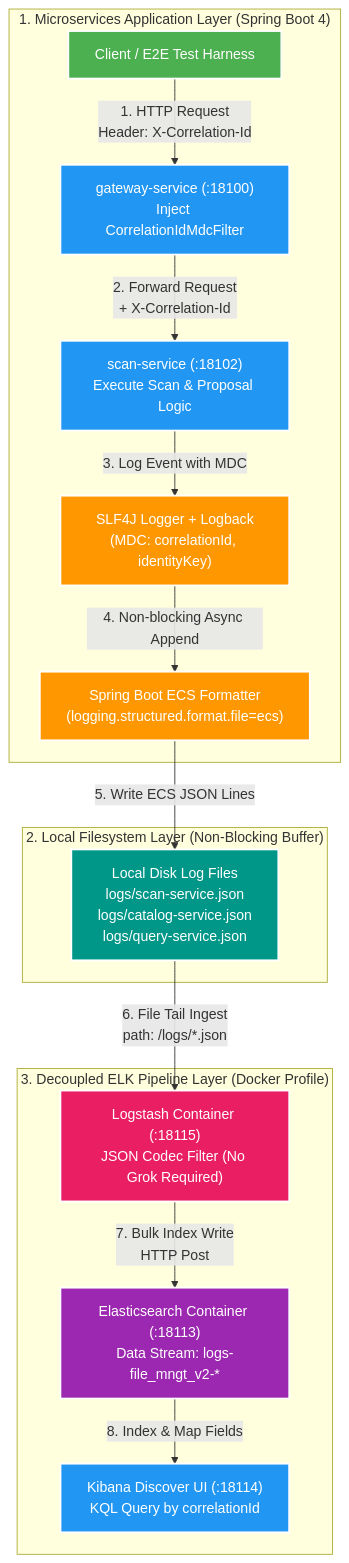
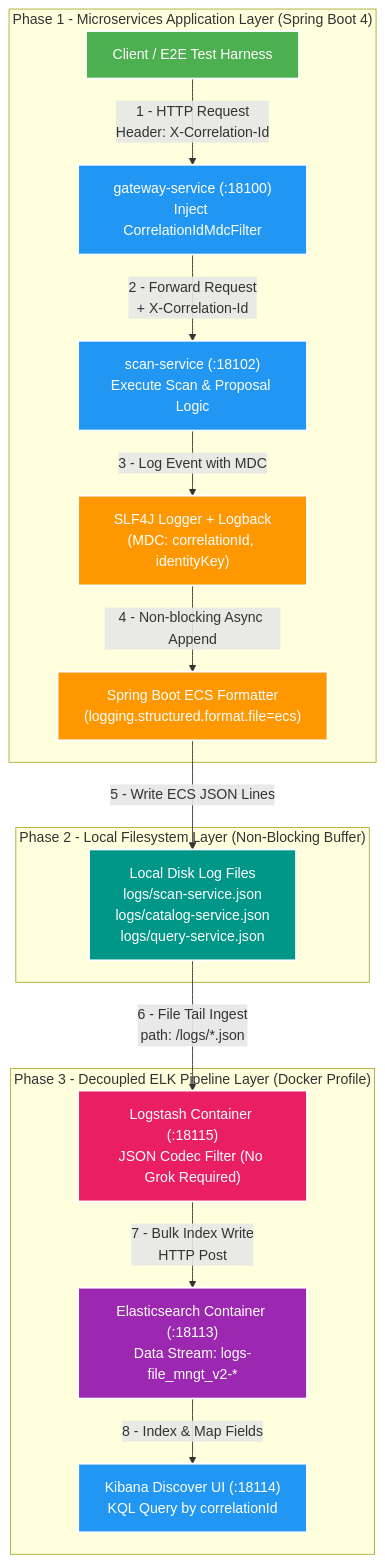
Before and after one commit to HungPhan200591/file-mngt-be-v2: the diagram in manual/learning/deep-dive/observability/02-structured-logging-elk.md, drawn with Mermaid. The commit also changed 5 other files, not shown here.

Commit message:
docs: add technical documentation for scan-service, outbox pattern, and observability, and implement a mermaid-styling agent skill.

````diff
--- a/manual/learning/deep-dive/observability/02-structured-logging-elk.md
+++ b/manual/learning/deep-dive/observability/02-structured-logging-elk.md
@@ -137,29 +137,29 @@
 ```mermaid
 flowchart TB
-    subgraph APP_LAYER["1. Microservices Application Layer (Spring Boot 4)"]
-        CLIENT["<font color='white'>Client / E2E Test Harness</font>"] -->|"1. HTTP Request<br/>Header: X-Correlation-Id"| GW["<font color='white'>gateway-service (:18100)<br/>Inject CorrelationIdMdcFilter</font>"]
-        GW -->|"2. Forward Request<br/>+ X-Correlation-Id"| SCAN["<font color='white'>scan-service (:18102)<br/>Execute Scan & Proposal Logic</font>"]
-        SCAN -->|"3. Log Event with MDC"| SLF4J["<font color='white'>SLF4J Logger + Logback<br/>(MDC: correlationId, identityKey)</font>"]
-        SLF4J -->|"4. Non-blocking Async Append"| ECS_FORMATTER["<font color='white'>Spring Boot ECS Formatter<br/>(logging.structured.format.file=ecs)</font>"]
+    subgraph APP_LAYER["Phase 1 - Microservices Application Layer (Spring Boot 4)"]
+        CLIENT["<font color='white'>Client / E2E Test Harness</font>"] -->|"1 - HTTP Request<br/>Header: X-Correlation-Id"| GW["<font color='white'>gateway-service (:18100)<br/>Inject CorrelationIdMdcFilter</font>"]
+        GW -->|"2 - Forward Request<br/>+ X-Correlation-Id"| SCAN["<font color='white'>scan-service (:18102)<br/>Execute Scan & Proposal Logic</font>"]
+        SCAN -->|"3 - Log Event with MDC"| SLF4J["<font color='white'>SLF4J Logger + Logback<br/>(MDC: correlationId, identityKey)</font>"]
+        SLF4J -->|"4 - Non-blocking Async Append"| ECS_FORMATTER["<font color='white'>Spring Boot ECS Formatter<br/>(logging.structured.format.file=ecs)</font>"]
     end
 
-    subgraph DISK_LAYER["2. Local Filesystem Layer (Non-Blocking Buffer)"]
-        ECS_FORMATTER -->|"5. Write ECS JSON Lines"| LOG_FILE["<font color='white'>Local Disk Log Files<br/>logs/scan-service.json<br/>logs/catalog-service.json<br/>logs/query-service.json</font>"]
+    subgraph DISK_LAYER["Phase 2 - Local Filesystem Layer (Non-Blocking Buffer)"]
+        ECS_FORMATTER -->|"5 - Write ECS JSON Lines"| LOG_FILE["<font color='white'>Local Disk Log Files<br/>logs/scan-service.json<br/>logs/catalog-service.json<br/>logs/query-service.json</font>"]
     end
 
-    subgraph ELK_STACK["3. Decoupled ELK Pipeline Layer (Docker Profile)"]
-        LOG_FILE -->|"6. File Tail Ingest<br/>path: /logs/*.json"| LOGSTASH["<font color='white'>Logstash Container (:18115)<br/>JSON Codec Filter (No Grok Required)</font>"]
-        LOGSTASH -->|"7. Bulk Index Write<br/>HTTP Post"| ES_LOGS["<font color='white'>Elasticsearch Container (:18113)<br/>Data Stream: logs-file_mngt_v2-*</font>"]
-        ES_LOGS -->|"8. Index & Map Fields"| KIBANA["<font color='white'>Kibana Discover UI (:18114)<br/>KQL Query by correlationId</font>"]
+    subgraph ELK_STACK["Phase 3 - Decoupled ELK Pipeline Layer (Docker Profile)"]
+        LOG_FILE -->|"6 - File Tail Ingest<br/>path: /logs/*.json"| LOGSTASH["<font color='white'>Logstash Container (:18115)<br/>JSON Codec Filter (No Grok Required)</font>"]
+        LOGSTASH -->|"7 - Bulk Index Write<br/>HTTP Post"| ES_LOGS["<font color='white'>Elasticsearch Container (:18113)<br/>Data Stream: logs-file_mngt_v2-*</font>"]
+        ES_LOGS -->|"8 - Index & Map Fields"| KIBANA["<font color='white'>Kibana Discover UI (:18114)<br/>KQL Query by correlationId</font>"]
     end
 
     style CLIENT fill:#4CAF50,stroke:#fff,stroke-width:2px
     style GW fill:#2196F3,stroke:#fff,stroke-width:2px
     style SCAN fill:#2196F3,stroke:#fff,stroke-width:2px
     style SLF4J fill:#FF9800,stroke:#fff,stroke-width:2px
     style ECS_FORMATTER fill:#FF9800,stroke:#fff,stroke-width:2px
     style LOG_FILE fill:#009688,stroke:#fff,stroke-width:2px
     style LOGSTASH fill:#E91E63,stroke:#fff,stroke-width:2px
     style ES_LOGS fill:#9C27B0,stroke:#fff,stroke-width:2px
     style KIBANA fill:#2196F3,stroke:#fff,stroke-width:2px
 ```
````
